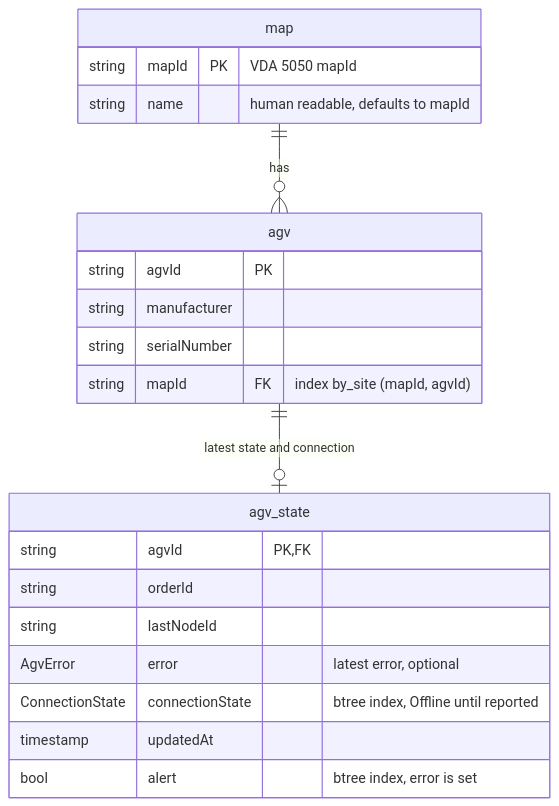
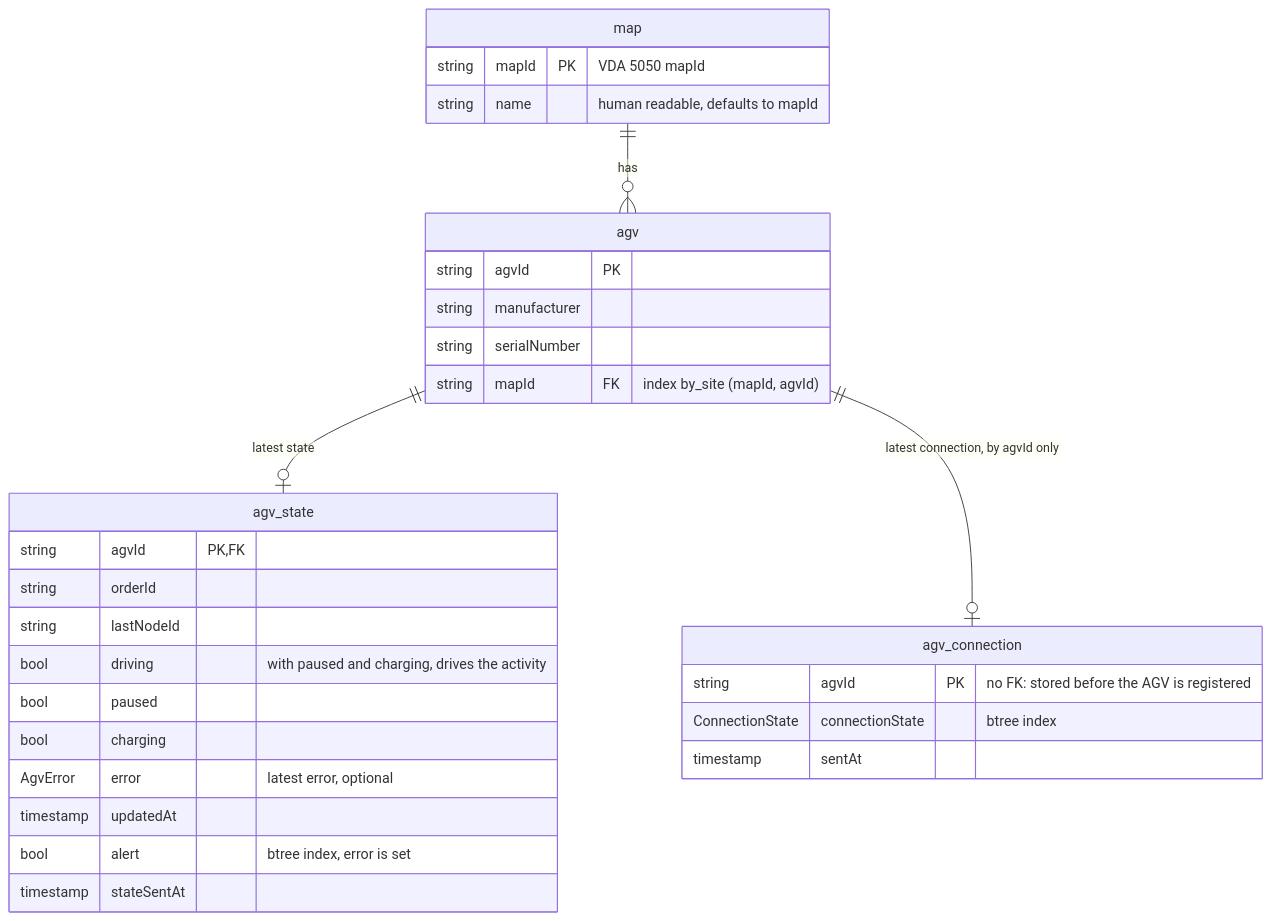
The diagram in backend/README.md (ahmad2smile/asimov), drawn with Mermaid before and after one commit. The commit also changed 24 other files, not shown here.

````diff
--- a/backend/README.md
+++ b/backend/README.md
@@ -15,25 +15,34 @@
 ```mermaid
 erDiagram
     map ||--o{ agv : "has"
-    agv ||--o| agv_state : "latest state and connection"
+    agv ||--o| agv_state : "latest state"
+    agv ||--o| agv_connection : "latest connection, by agvId only"
 
     map {
         string mapId PK "VDA 5050 mapId"
         string name "human readable, defaults to mapId"
     }
     agv {
         string agvId PK
         string manufacturer
         string serialNumber
         string mapId FK "index by_site (mapId, agvId)"
     }
     agv_state {
         string agvId PK, FK
         string orderId
         string lastNodeId
+        bool driving "with paused and charging, drives the activity"
+        bool paused
+        bool charging
         AgvError error "latest error, optional"
-        ConnectionState connectionState "btree index, Offline until reported"
         timestamp updatedAt
         bool alert "btree index, error is set"
+        timestamp stateSentAt
+    }
+    agv_connection {
+        string agvId PK "no FK: stored before the AGV is registered"
+        ConnectionState connectionState "btree index"
+        timestamp sentAt
     }
 ```
````
